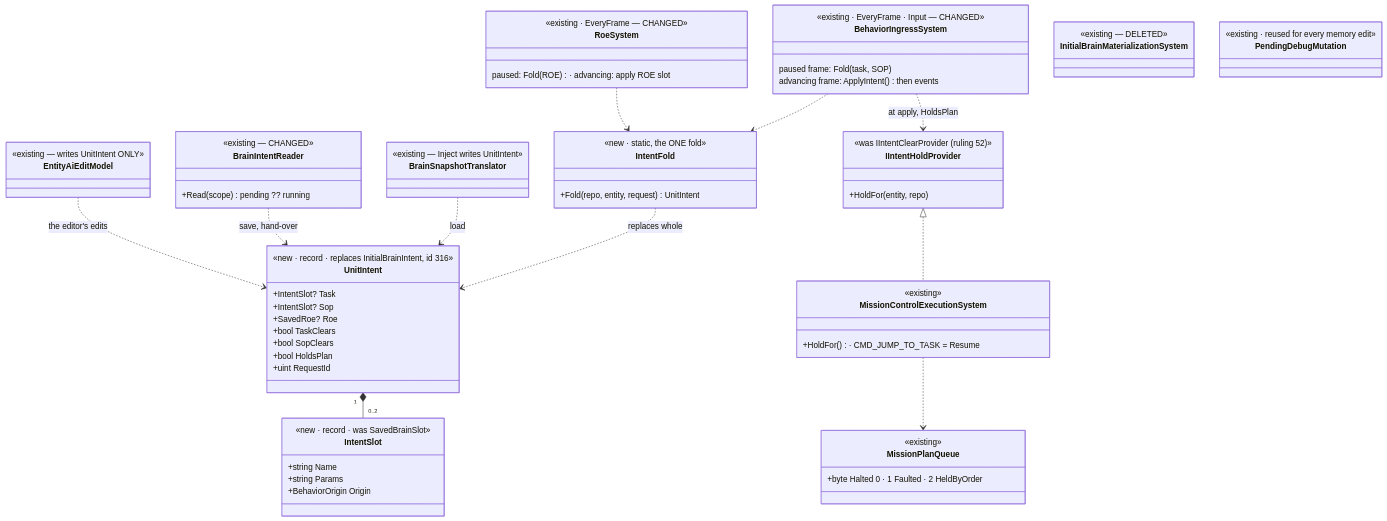
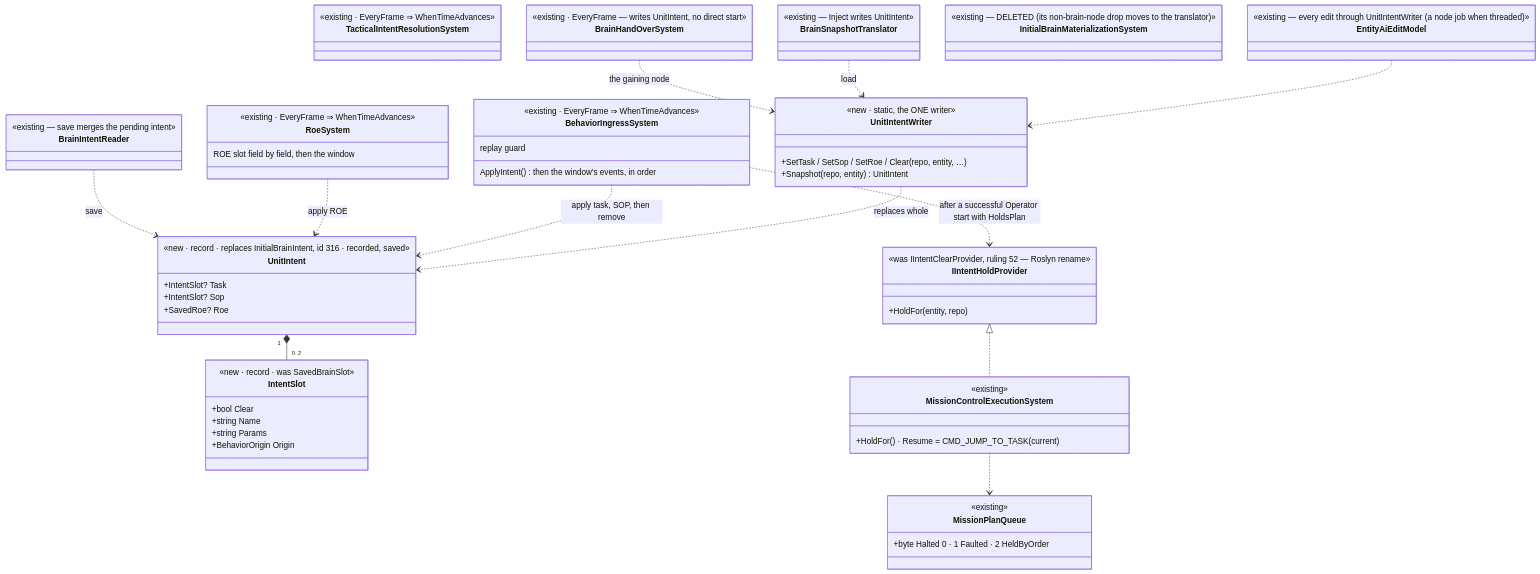
One commit to pjanec/HROT changed the second of 4 diagrams in docs/DESIGN_Unit_Intent.md. Above: the diagram before and after it, drawn with Mermaid. The commit also changed other lines of this file and 5 other files, not shown here.

First line of the commit message:
docs(CE-3494): fold the independent review into the unit intent design

````diff
--- a/docs/DESIGN_Unit_Intent.md
+++ b/docs/DESIGN_Unit_Intent.md
@@ -101,70 +110,71 @@
 ```mermaid
 classDiagram
     class UnitIntent {
-        <<new · record · replaces InitialBrainIntent, id 316>>
+        <<new · record · replaces InitialBrainIntent, id 316 · recorded, saved>>
         +IntentSlot? Task
         +IntentSlot? Sop
         +SavedRoe? Roe
-        +bool TaskClears
-        +bool SopClears
-        +bool HoldsPlan
-        +uint RequestId
     }
     class IntentSlot {
         <<new · record · was SavedBrainSlot>>
+        +bool Clear
         +string Name
         +string Params
         +BehaviorOrigin Origin
     }
+    class UnitIntentWriter {
+        <<new · static, the ONE writer>>
+        +SetTask / SetSop / SetRoe / Clear (repo, entity, …)
+        +Snapshot(repo, entity) UnitIntent
+    }
+    class TacticalIntentResolutionSystem {
+        <<existing · EveryFrame ⇒ WhenTimeAdvances>>
+    }
     class BehaviorIngressSystem {
-        <<existing · EveryFrame · Input — CHANGED>>
-        paused frame: Fold(task, SOP)
-        advancing frame: ApplyIntent() then events
+        <<existing · EveryFrame ⇒ WhenTimeAdvances>>
+        ApplyIntent() then the window's events, in order
+        replay guard
     }
     class RoeSystem {
-        <<existing · EveryFrame — CHANGED>>
-        paused: Fold(ROE) · advancing: apply ROE slot
+        <<existing · EveryFrame ⇒ WhenTimeAdvances>>
+        ROE slot field by field, then the window
     }
-    class IntentFold {
-        <<new · static, the ONE fold>>
-        +Fold(repo, entity, request) UnitIntent
+    class BrainHandOverSystem {
+        <<existing · EveryFrame — writes UnitIntent, no direct start>>
     }
     class BrainIntentReader {
-        <<existing — CHANGED>>
-        +Read(scope) pending ?? running
+        <<existing — save merges the pending intent>>
     }
     class BrainSnapshotTranslator {
         <<existing — Inject writes UnitIntent>>
     }
     class InitialBrainMaterializationSystem {
-        <<existing — DELETED>>
+        <<existing — DELETED (its non-brain-node drop moves to the translator)>>
     }
     class IIntentHoldProvider {
-        <<was IIntentClearProvider (ruling 52)>>
+        <<was IIntentClearProvider, ruling 52 — Roslyn rename>>
         +HoldFor(entity, repo)
     }
     class MissionControlExecutionSystem {
         <<existing>>
-        +HoldFor() · CMD_JUMP_TO_TASK = Resume
+        +HoldFor() · Resume = CMD_JUMP_TO_TASK(current)
     }
     class MissionPlanQueue {
         <<existing>>
         +byte Halted  0 · 1 Faulted · 2 HeldByOrder
     }
     class EntityAiEditModel {
-        <<existing — writes UnitIntent ONLY>>
-    }
-    class PendingDebugMutation {
-        <<existing · reused for every memory edit>>
+        <<existing — every edit through UnitIntentWriter (a node job when threaded)>>
     }
     UnitIntent "1" *-- "0..2" IntentSlot
-    BehaviorIngressSystem ..> IntentFold
-    RoeSystem ..> IntentFold
-    IntentFold ..> UnitIntent : replaces whole
-    BehaviorIngressSystem ..> IIntentHoldProvider : at apply, HoldsPlan
+    UnitIntentWriter ..> UnitIntent : replaces whole
+    EntityAiEditModel ..> UnitIntentWriter
+    BrainSnapshotTranslator ..> UnitIntentWriter : load
+    BrainHandOverSystem ..> UnitIntentWriter : the gaining node
+    BehaviorIngressSystem ..> UnitIntent : apply task, SOP, then remove
+    RoeSystem ..> UnitIntent : apply ROE
+    BehaviorIngressSystem ..> IIntentHoldProvider : after a successful Operator start with HoldsPlan
     IIntentHoldProvider <|.. MissionControlExecutionSystem
     MissionControlExecutionSystem ..> MissionPlanQueue
-    BrainSnapshotTranslator ..> UnitIntent : load
-    BrainIntentReader ..> UnitIntent : save, hand-over
-    EntityAiEditModel ..> UnitIntent : the editor's edits
+    BrainIntentReader ..> UnitIntent : save
 ```
````
